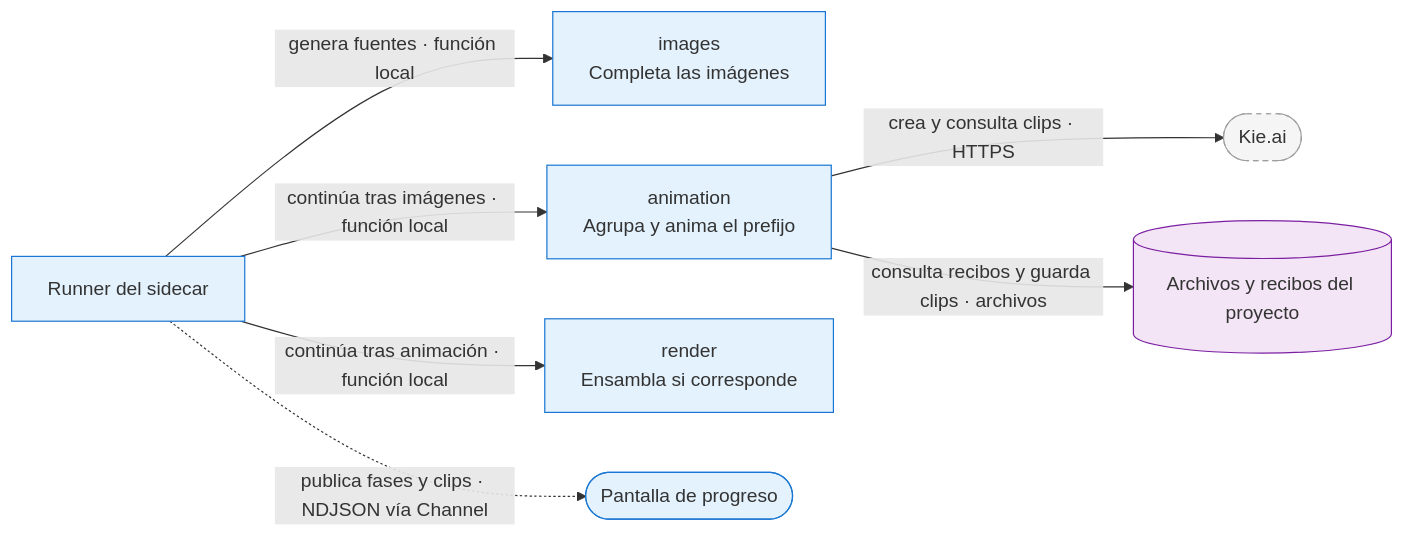
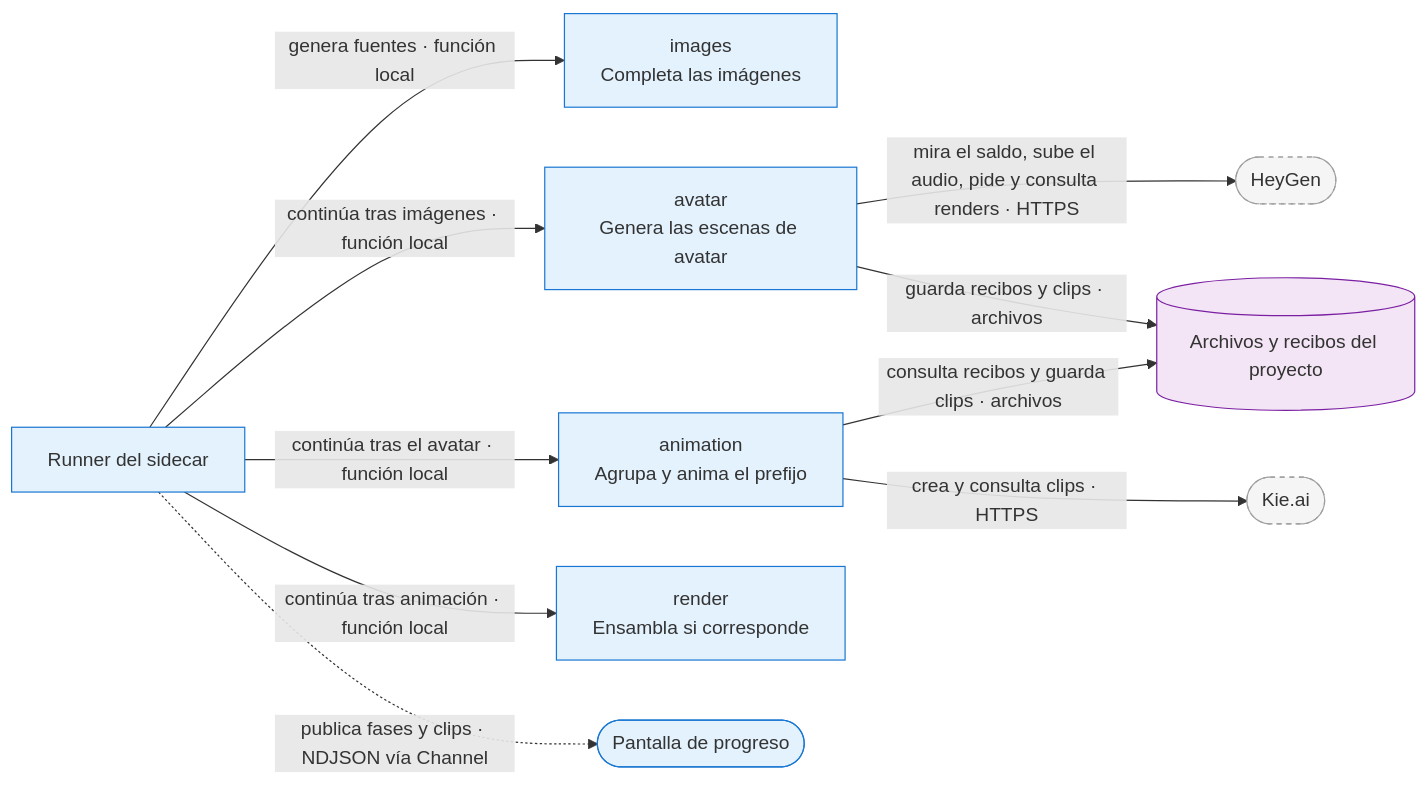
The diagram in docs/ARCHITECTURE.md (SCRIPZY-DEV/vimo), drawn with Mermaid before and after one commit. The commit also changed other lines of this file and 156 other files, not shown here.

````diff
--- a/docs/ARCHITECTURE.md
+++ b/docs/ARCHITECTURE.md
@@ -541,19 +574,24 @@
 ```mermaid
 flowchart LR
     runner["Runner del sidecar"]:::propio
     images["images<br/>Completa las imágenes"]:::propio
+    avatar["avatar<br/>Genera las escenas de avatar"]:::propio
     animation["animation<br/>Agrupa y anima el prefijo"]:::propio
     render["render<br/>Ensambla si corresponde"]:::propio
     files[("Archivos y recibos del proyecto")]:::datos
+    heygen(["HeyGen"]):::externo
     kie(["Kie.ai"]):::externo
     ui(["Pantalla de progreso"]):::propio
     runner -->|"genera fuentes · función local"| images
-    runner -->|"continúa tras imágenes · función local"| animation
+    runner -->|"continúa tras imágenes · función local"| avatar
+    runner -->|"continúa tras el avatar · función local"| animation
     runner -->|"continúa tras animación · función local"| render
+    avatar -->|"mira el saldo, sube el audio, pide y consulta renders · HTTPS"| heygen
+    avatar -->|"guarda recibos y clips · archivos"| files
     animation -->|"crea y consulta clips · HTTPS"| kie
     animation -->|"consulta recibos y guarda clips · archivos"| files
     runner -.->|"publica fases y clips · NDJSON vía Channel"| ui
     classDef externo fill:#f5f5f5,stroke:#9e9e9e,stroke-dasharray:4
     classDef propio fill:#e3f2fd,stroke:#1976d2
     classDef datos fill:#f3e5f5,stroke:#7b1fa2
 ```
````
